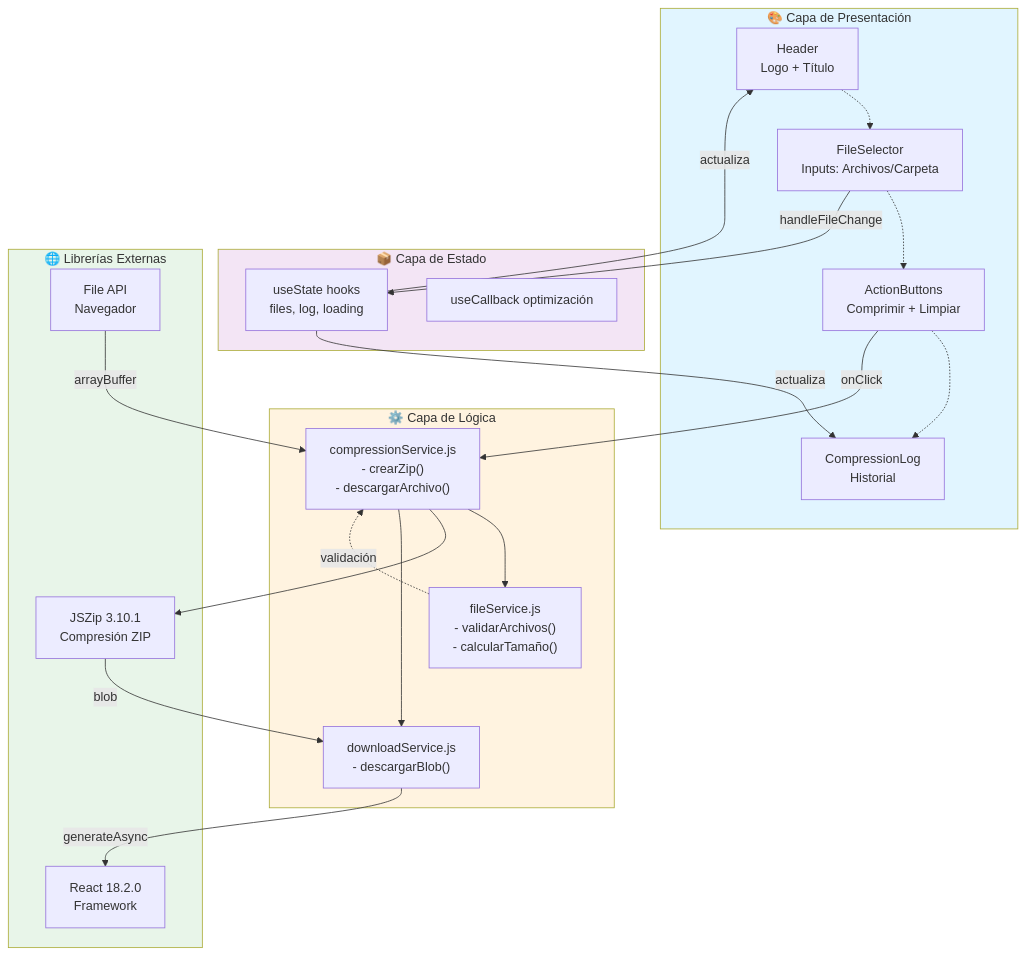
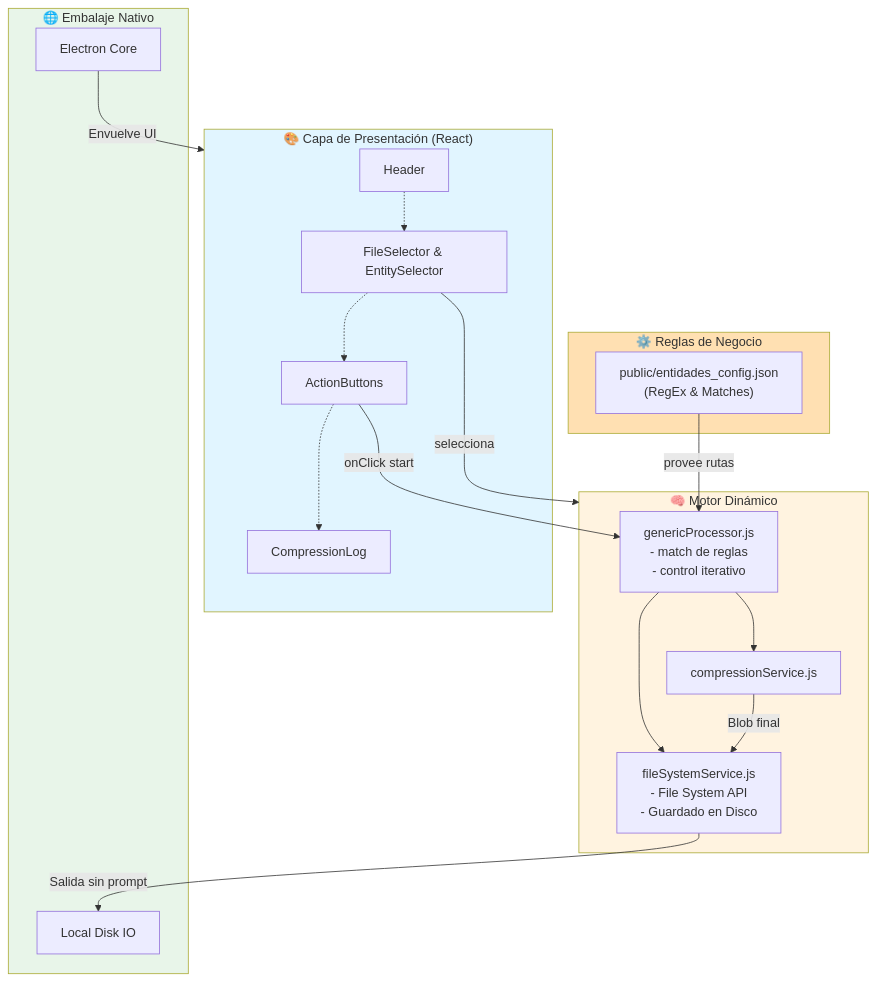
Before and after one commit to luisenriquegomez234-code/Comprimir-Archivos: the second of 2 diagrams in ARQUITECTURA.md, drawn with Mermaid. The commit also changed other lines of this file and 42 other files, not shown here.

Commit message:
docs/chore: actualizar diagramas de arquitectura y obviar binarios pesados

````diff
--- a/ARQUITECTURA.md
+++ b/ARQUITECTURA.md
@@ -240,46 +179,41 @@
 ```mermaid
 graph TB
-    subgraph UI["🎨 Capa de Presentación"]
-        A["Header<br/>Logo + Título"]
-        B["FileSelector<br/>Inputs: Archivos/Carpeta"]
-        C["ActionButtons<br/>Comprimir + Limpiar"]
-        D["CompressionLog<br/>Historial"]
+    subgraph UI["🎨 Capa de Presentación (React)"]
+        A["Header"]
+        B["FileSelector & EntitySelector"]
+        C["ActionButtons"]
+        D["CompressionLog"]
     end
 
-    subgraph Logic["⚙️ Capa de Lógica"]
-        E["compressionService.js<br/>- crearZip()<br/>- descargarArchivo()"]
-        F["fileService.js<br/>- validarArchivos()<br/>- calcularTamaño()"]
-        G["downloadService.js<br/>- descargarBlob()"]
+    subgraph Config["⚙️ Reglas de Negocio"]
+        Z["public/entidades_config.json<br/>(RegEx & Matches)"]
     end
 
-    subgraph State["📦 Capa de Estado"]
-        H["useState hooks<br/>files, log, loading"]
-        I["useCallback optimización"]
+    subgraph Logic["🧠 Motor Dinámico"]
+        E["genericProcessor.js<br/>- match de reglas<br/>- control iterativo"]
+        F["fileSystemService.js<br/>- File System API<br/>- Guardado en Disco"]
+        G["compressionService.js"]
     end
 
-    subgraph External["🌐 Librerías Externas"]
-        J["JSZip 3.10.1<br/>Compresión ZIP"]
-        K["React 18.2.0<br/>Framework"]
-        L["File API<br/>Navegador"]
+    subgraph Desktop["🌐 Embalaje Nativo"]
+        K["Electron Core"]
+        L["Local Disk IO"]
     end
 
     A -.-> B
     B -.-> C
     C -.-> D
-    B -->|handleFileChange| H
-    C -->|onClick| E
+    B -->|selecciona| Logic
+    Z -->|provee rutas| E
+    C -->|onClick start| E
     E --> F
-    E --> J
     E --> G
-    F -.->|validación| E
-    G -->|generateAsync| K
-    J -->|blob| G
-    L -->|arrayBuffer| E
-    H -->|actualiza| A
-    H -->|actualiza| D
+    G -->|Blob final| F
+    F -->|Salida sin prompt| L
+    K -->|Envuelve UI| UI
 
     style UI fill:#e1f5ff
+    style Config fill:#ffe0b2
     style Logic fill:#fff3e0
-    style State fill:#f3e5f5
-    style External fill:#e8f5e9
+    style Desktop fill:#e8f5e9
 ```
````
